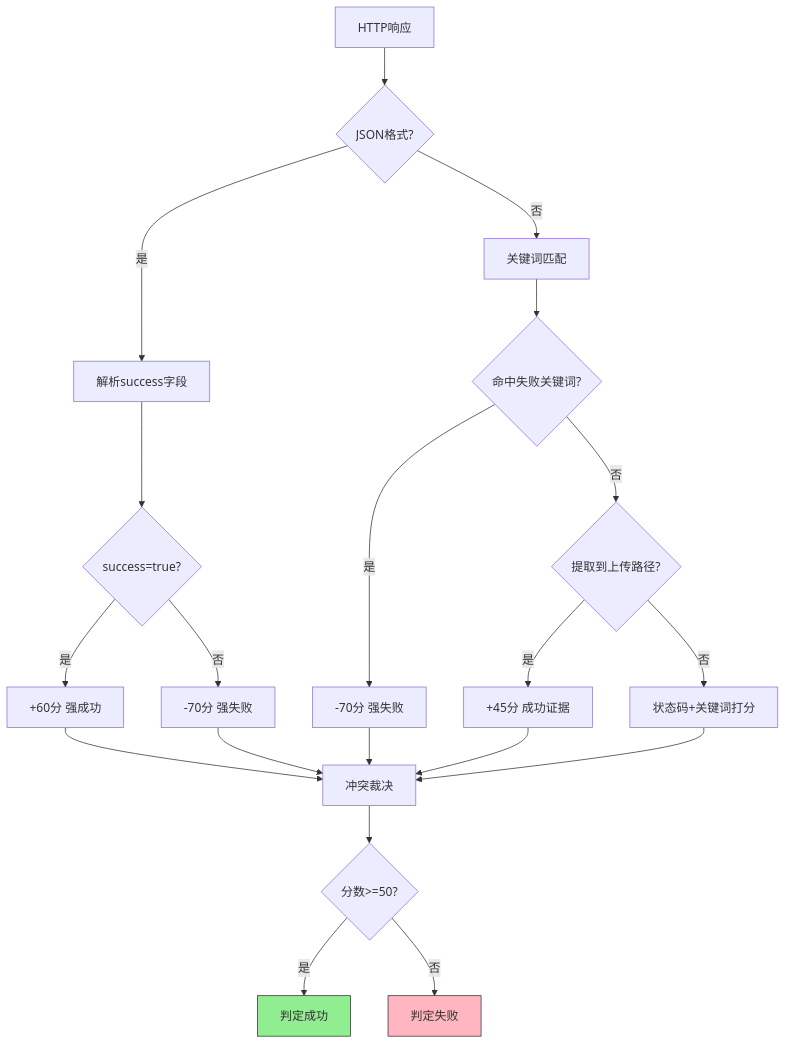
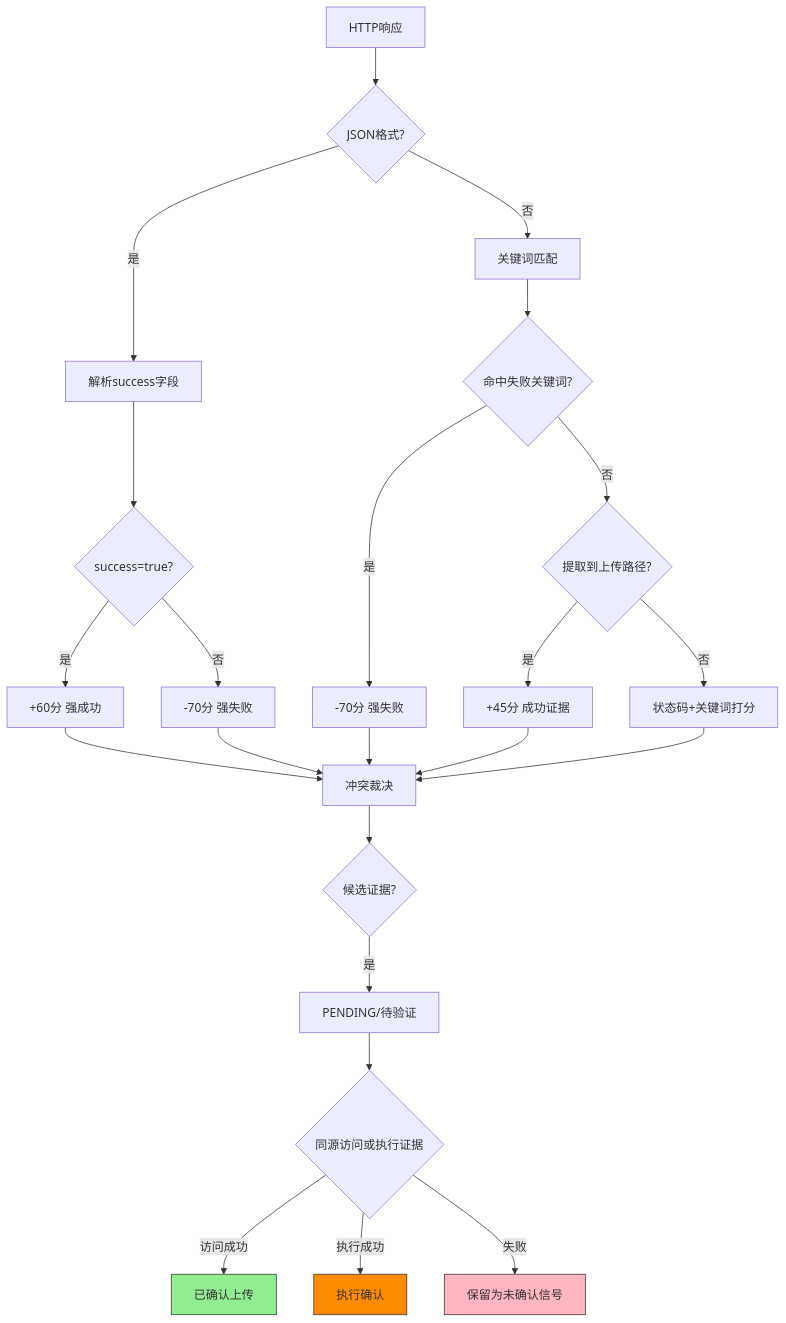
Before and after one commit to Gentle-bae/UploadRanger: the third of 3 diagrams in README.md, drawn with Mermaid. The commit also changed other lines of this file and 54 other files, not shown here.

````diff
--- a/README.md
+++ b/README.md
@@ -63,30 +82,34 @@
 ```mermaid
 graph TD
     A[HTTP响应] --> B{JSON格式?}
     B -->|是| C[解析success字段]
     B -->|否| D[关键词匹配]
     
     C --> E{success=true?}
     E -->|是| F[+60分 强成功]
     E -->|否| G[-70分 强失败]
     
     D --> H{命中失败关键词?}
     H -->|是| I[-70分 强失败]
     H -->|否| J{提取到上传路径?}
     
     J -->|是| K[+45分 成功证据]
     J -->|否| L[状态码+关键词打分]
     
     F --> M[冲突裁决]
     G --> M
     I --> M
     K --> M
     L --> M
     
-    M --> N{分数>=50?}
-    N -->|是| O[判定成功]
-    N -->|否| P[判定失败]
+    M --> N{候选证据?}
+    N -->|是| O[PENDING/待验证]
+    O --> Q{同源访问或执行证据}
+    Q -->|访问成功| R[已确认上传]
+    Q -->|执行成功| S[执行确认]
+    Q -->|失败| P[保留为未确认信号]
     
-    style O fill:#90EE90,stroke:#333
+    style R fill:#90EE90,stroke:#333
+    style S fill:#FF8C00,stroke:#333
     style P fill:#FFB6C1,stroke:#333
 ```
````
